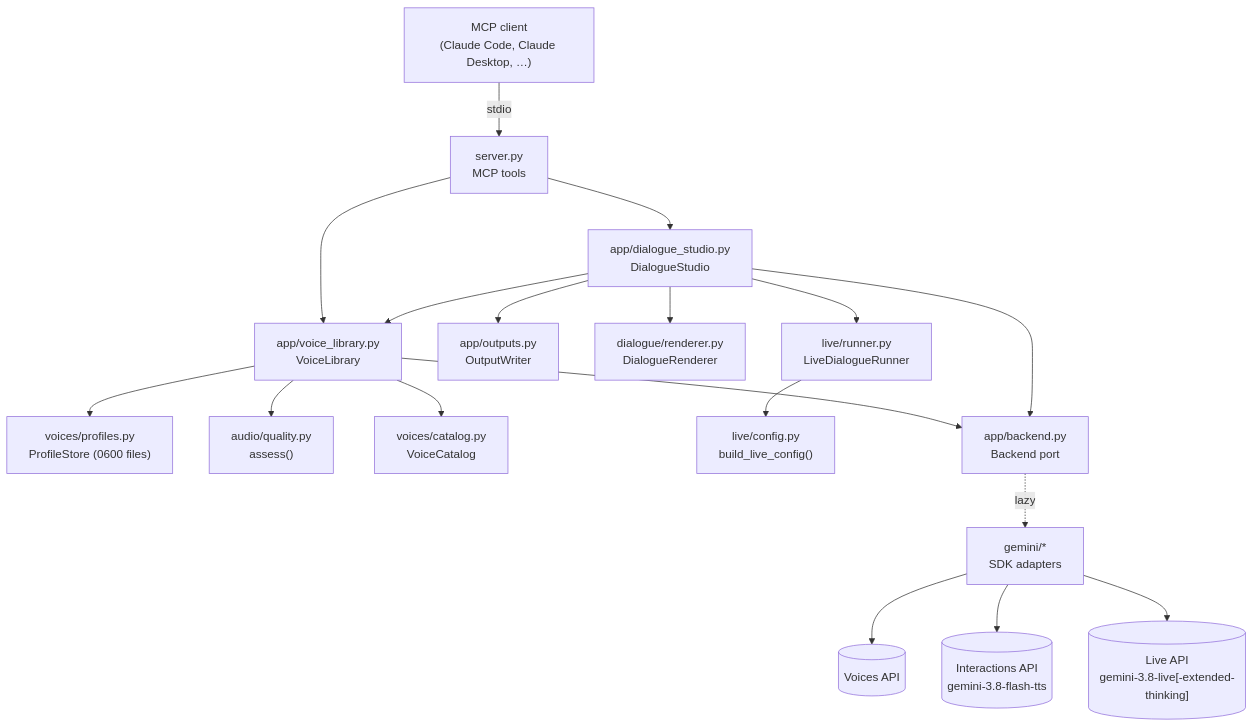
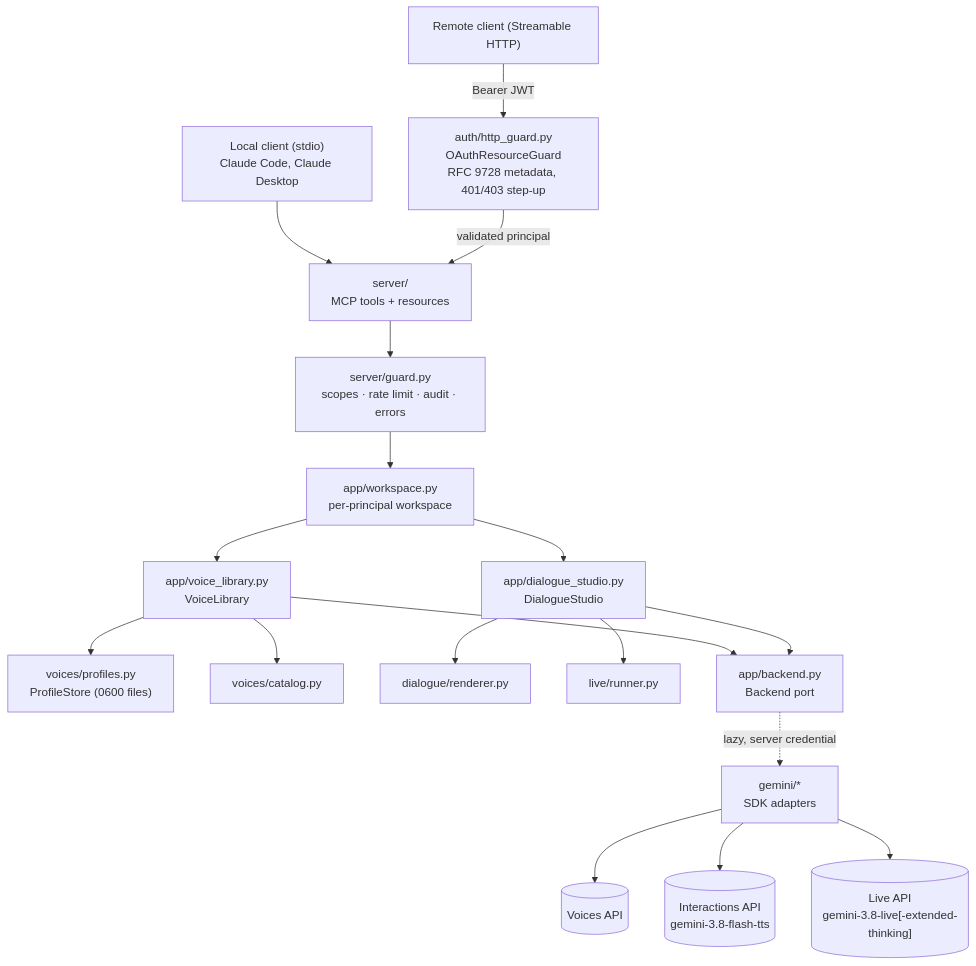
Before and after one commit to EmmanuelRTM/google-voice-creator: the first of 4 diagrams in docs/architecture.md, drawn with Mermaid. The commit also changed other lines of this file and 7 other files, not shown here.

First line of the commit message:
Document MCP and authentication research and remote deployment

````diff
--- a/docs/architecture.md
+++ b/docs/architecture.md
@@ -7,19 +7,19 @@
 ```mermaid
 flowchart TD
-    Client["MCP client<br/>(Claude Code, Claude Desktop, …)"] -->|stdio| Server["server.py<br/>MCP tools"]
-    Server --> Library["app/voice_library.py<br/>VoiceLibrary"]
-    Server --> Studio["app/dialogue_studio.py<br/>DialogueStudio"]
-    Studio --> Library
-    Studio --> Outputs["app/outputs.py<br/>OutputWriter"]
+    Local["Local client (stdio)<br/>Claude Code, Claude Desktop"] --> Server
+    Remote["Remote client (Streamable HTTP)"] -->|Bearer JWT| Guard["auth/http_guard.py<br/>OAuthResourceGuard<br/>RFC 9728 metadata, 401/403 step-up"]
+    Guard -->|validated principal| Server["server/<br/>MCP tools + resources"]
+    Server --> ToolGuard["server/guard.py<br/>scopes · rate limit · audit · errors"]
+    ToolGuard --> Workspaces["app/workspace.py<br/>per-principal workspace"]
+    Workspaces --> Library["app/voice_library.py<br/>VoiceLibrary"]
+    Workspaces --> Studio["app/dialogue_studio.py<br/>DialogueStudio"]
     Library --> Profiles["voices/profiles.py<br/>ProfileStore (0600 files)"]
-    Library --> Quality["audio/quality.py<br/>assess()"]
-    Library --> Catalog["voices/catalog.py<br/>VoiceCatalog"]
-    Studio --> Renderer["dialogue/renderer.py<br/>DialogueRenderer"]
-    Studio --> Runner["live/runner.py<br/>LiveDialogueRunner"]
-    Runner --> LiveCfg["live/config.py<br/>build_live_config()"]
+    Library --> Catalog["voices/catalog.py"]
+    Studio --> Renderer["dialogue/renderer.py"]
+    Studio --> Runner["live/runner.py"]
     Library & Studio --> Backend["app/backend.py<br/>Backend port"]
-    Backend -.lazy.-> Gemini["gemini/*<br/>SDK adapters"]
+    Backend -.lazy, server credential.-> Gemini["gemini/*<br/>SDK adapters"]
     Gemini --> Voices[("Voices API")]
     Gemini --> TTS[("Interactions API<br/>gemini-3.8-flash-tts")]
     Gemini --> Live[("Live API<br/>gemini-3.8-live[-extended-thinking]")]
 ```
````
